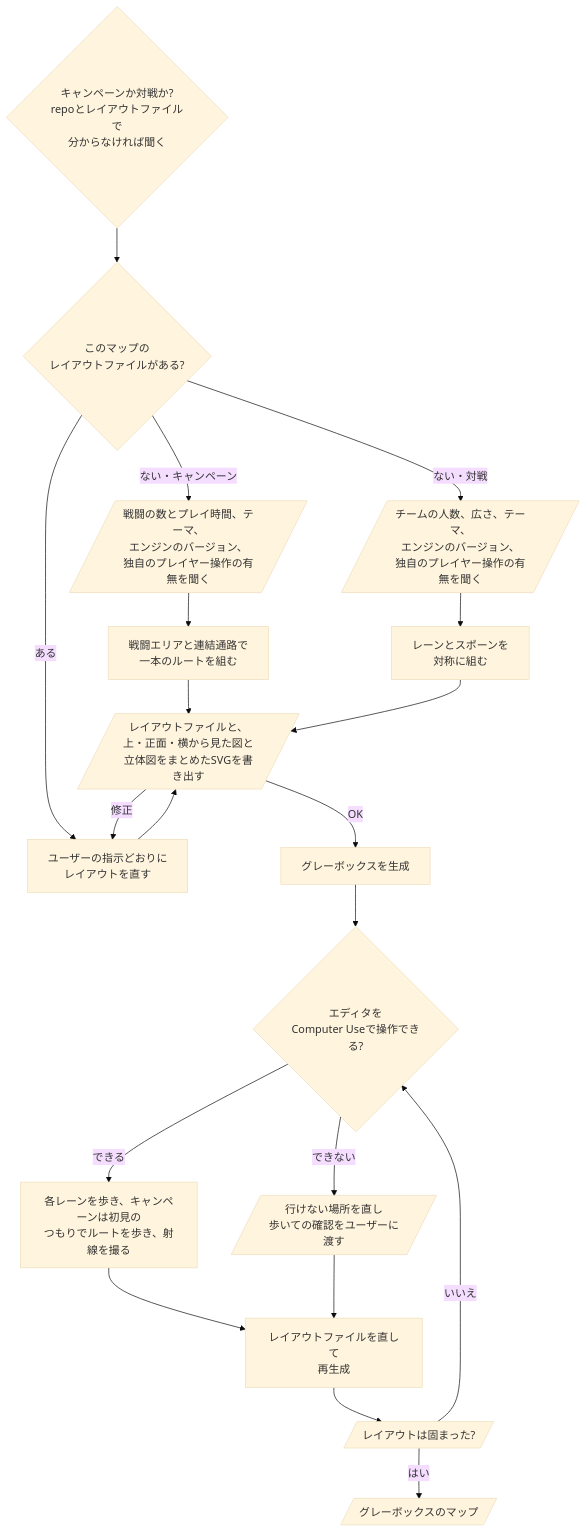
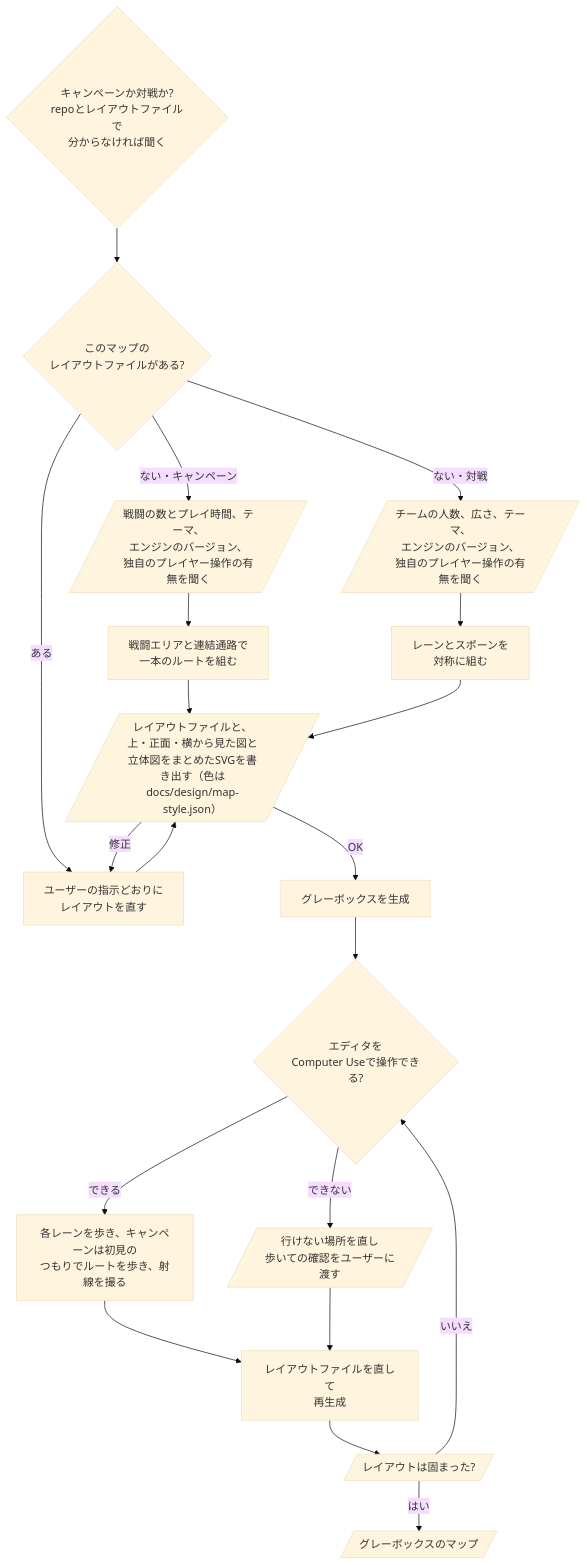
The diagram in domains/game/skills/shooter-map/README.ja.md (omni-stove/skill-kit), drawn with Mermaid (base theme) before and after one commit. The commit also changed 19 other files, not shown here.

````diff
--- a/domains/game/skills/shooter-map/README.ja.md
+++ b/domains/game/skills/shooter-map/README.ja.md
@@ -3,23 +3,23 @@
 ```mermaid
 flowchart TD
   mode{キャンペーンか対戦か?<br/>repoとレイアウトファイルで<br/>分からなければ聞く}
   mode --> exists{このマップの<br/>レイアウトファイルがある?}
   exists -- "ない・キャンペーン" --> askc[/戦闘の数とプレイ時間、テーマ、<br/>エンジンのバージョン、<br/>独自のプレイヤー操作の有無を聞く/]
   exists -- "ない・対戦" --> askp[/チームの人数、広さ、テーマ、<br/>エンジンのバージョン、<br/>独自のプレイヤー操作の有無を聞く/]
   askc --> layoutc[戦闘エリアと連結通路で<br/>一本のルートを組む]
   askp --> layoutp[レーンとスポーンを<br/>対称に組む]
   layoutc --> top
   layoutp --> top
   exists -- "ある" --> edit[ユーザーの指示どおりに<br/>レイアウトを直す]
-  edit --> top[/レイアウトファイルと、上・正面・横から見た図と<br/>立体図をまとめたSVGを書き出す/]
+  edit --> top[/レイアウトファイルと、上・正面・横から見た図と<br/>立体図をまとめたSVGを書き出す（色は<br/>docs/design/map-style.json）/]
   top -- "修正" --> edit
   top -- "OK" --> build[グレーボックスを生成]
   build --> how{エディタを<br/>Computer Useで操作できる?}
   how -- "できる" --> walk[各レーンを歩き、キャンペーンは初見の<br/>つもりでルートを歩き、射線を撮る]
   how -- "できない" --> hand[/行けない場所を直し<br/>歩いての確認をユーザーに渡す/]
   walk --> fix[レイアウトファイルを直して<br/>再生成]
   hand --> fix
   fix --> settled[/レイアウトは固まった?/]
   settled -- "いいえ" --> how
   settled -- "はい" --> done[/グレーボックスのマップ/]
 ```
````
